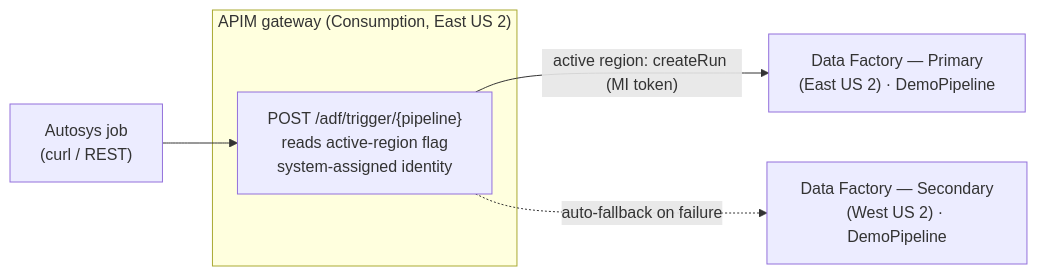
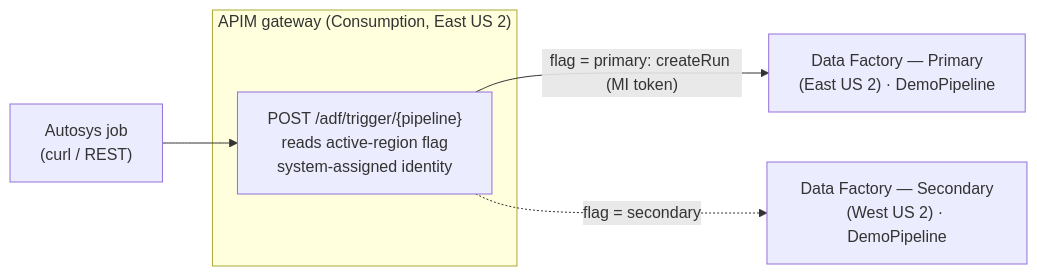
One commit to SpiffLabSquad/adf-dr-apim-demo changed the diagram in README.md. Above: the diagram before and after it, drawn with Mermaid. The commit also changed other lines of this file and 7 other files, not shown here.

````diff
--- a/README.md
+++ b/README.md
@@ -30,15 +29,15 @@
 ```mermaid
 flowchart LR
     AJ["Autosys job<br/>(curl / REST)"]
 
     subgraph G["APIM gateway (Consumption, East US 2)"]
         API["POST /adf/trigger/{pipeline}<br/>reads active-region flag<br/>system-assigned identity"]
     end
 
     FP["Data Factory — Primary<br/>(East US 2) · DemoPipeline"]
     FS["Data Factory — Secondary<br/>(West US 2) · DemoPipeline"]
 
     AJ --> API
-    API -- "active region: createRun (MI token)" --> FP
-    API -. "auto-fallback on failure" .-> FS
+    API -- "flag = primary: createRun (MI token)" --> FP
+    API -. "flag = secondary" .-> FS
 ```
````
